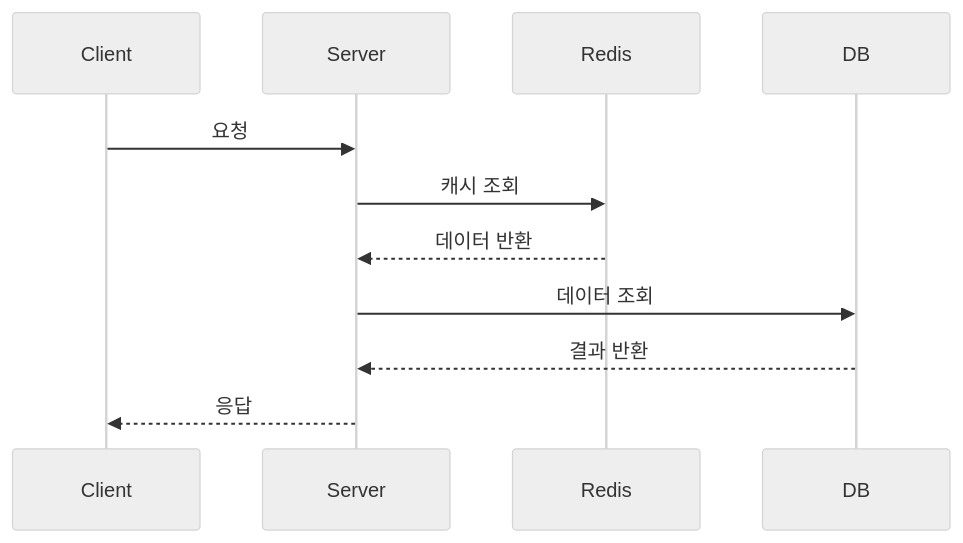
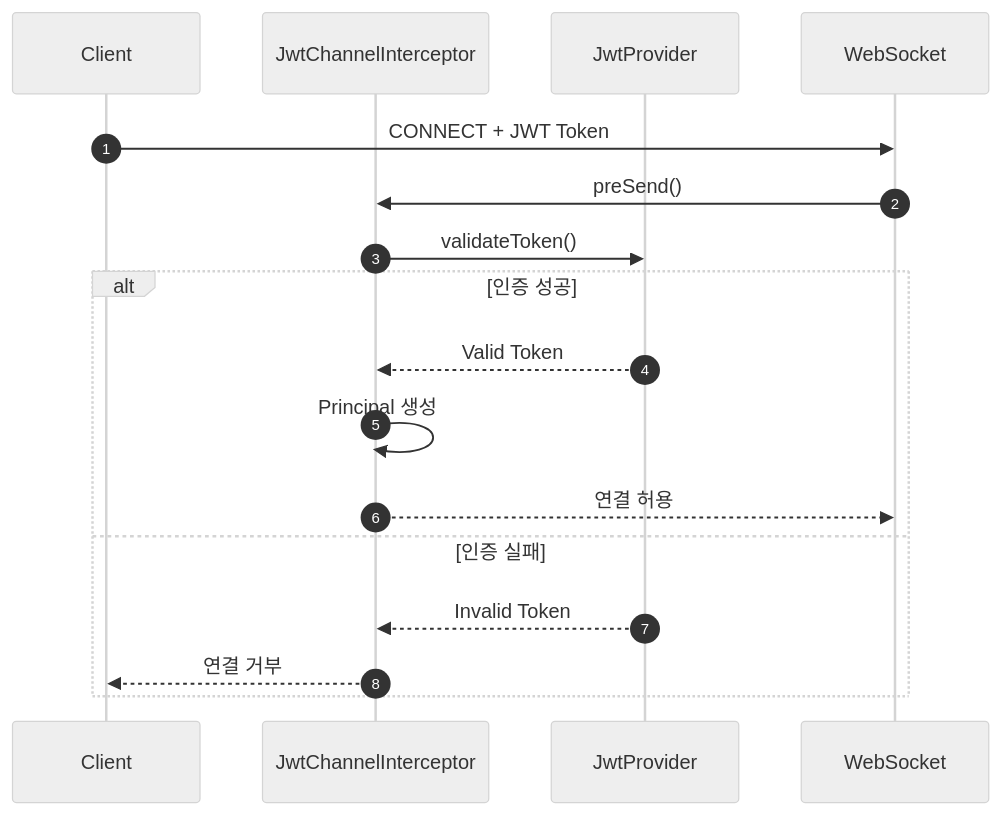
Before and after one commit to all-in-market/chat-server: the first of 19 diagrams in README.md, drawn with Mermaid (neutral theme). The commit also changed other lines of this file, not shown here.

Commit message:
docs: 채팅 서버 README 서비스 플로우 작성

````diff
--- a/README.md
+++ b/README.md
@@ -35,14 +35,28 @@
 ```mermaid
 sequenceDiagram
-    participant Client
-    participant Server
-    participant Redis
-    participant DB
+    autonumber
 
-    Client->>Server: 요청
-    Server->>Redis: 캐시 조회
-    Redis-->>Server: 데이터 반환
-    Server->>DB: 데이터 조회
-    DB-->>Server: 결과 반환
-    Server-->>Client: 응답
+    participant Client
+    participant Interceptor as JwtChannelInterceptor
+    participant JWT as JwtProvider
+    participant WS as WebSocket
+
+    Client->>WS: CONNECT + JWT Token
+
+    WS->>Interceptor: preSend()
+
+    Interceptor->>JWT: validateToken()
+
+    alt 인증 성공
+        JWT-->>Interceptor: Valid Token
+
+        Interceptor->>Interceptor: Principal 생성
+
+        Interceptor-->>WS: 연결 허용
+
+    else 인증 실패
+        JWT-->>Interceptor: Invalid Token
+
+        Interceptor-->>Client: 연결 거부
+    end
 ```
````
